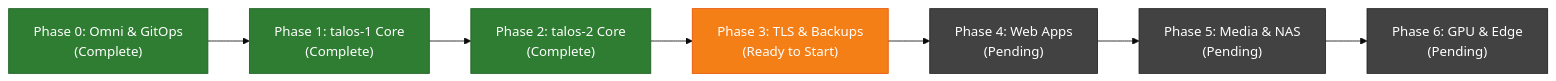
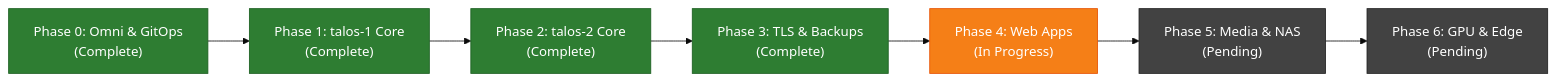
The first of 2 diagrams in K8s/PLAN.md (GabrielJean/HomeLab), drawn with Mermaid (base theme) before and after one commit. The commit also changed other lines of this file and 2 other files, not shown here.

````diff
--- a/K8s/PLAN.md
+++ b/K8s/PLAN.md
@@ -46,15 +46,15 @@
 ```mermaid
 flowchart LR
     P0["Phase 0: Omni & GitOps<br/>(Complete)"] --> P1["Phase 1: talos-1 Core<br/>(Complete)"]
     P1 --> P2["Phase 2: talos-2 Core<br/>(Complete)"]
-    P2 --> P3["Phase 3: TLS & Backups<br/>(Ready to Start)"]
-    P3 --> P4["Phase 4: Web Apps<br/>(Pending)"]
+    P2 --> P3["Phase 3: TLS & Backups<br/>(Complete)"]
+    P3 --> P4["Phase 4: Web Apps<br/>(In Progress)"]
     P4 --> P5["Phase 5: Media & NAS<br/>(Pending)"]
     P5 --> P6["Phase 6: GPU & Edge<br/>(Pending)"]
     classDef done fill:#2e7d32,stroke:#1b5e20,color:#ffffff;
     classDef inprog fill:#f57f17,stroke:#e65100,color:#ffffff;
     classDef todo fill:#424242,stroke:#212121,color:#ffffff;
-    class P0,P1,P2 done;
-    class P3 inprog;
-    class P4,P5,P6 todo;
+    class P0,P1,P2,P3 done;
+    class P4 inprog;
+    class P5,P6 todo;
 ```
````
